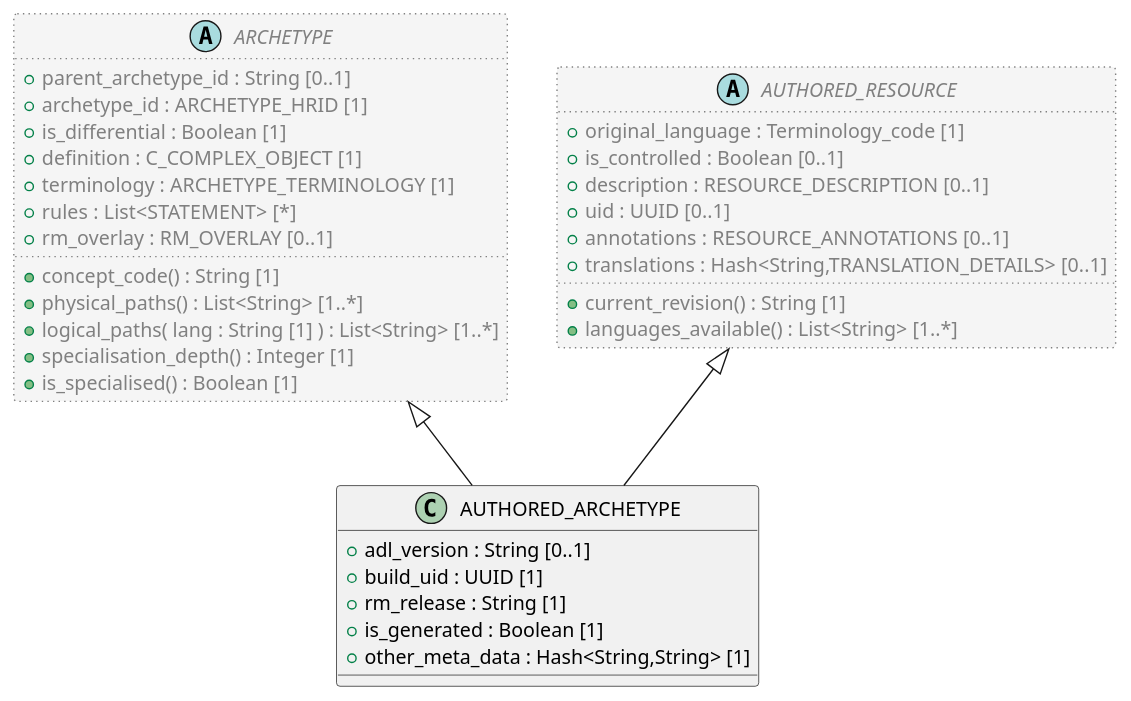
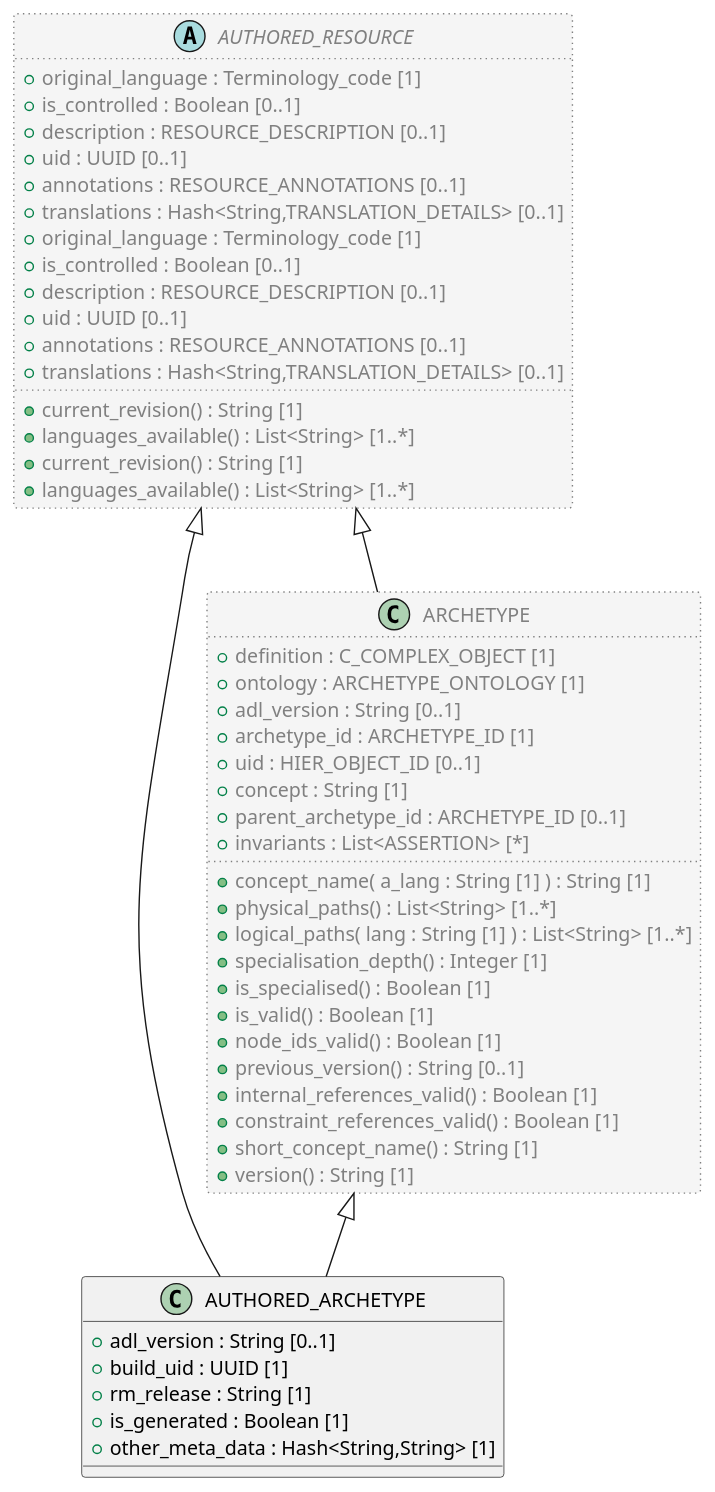
Before and after one commit to sebastian-iancu/code-generator: the diagram in code/Adoc/openehr_am_2.4.0/plantUML/classes/org.openehr.am.aom2.authored_archetype.adoc, drawn with PlantUML. The commit also changed 1228 other files, not shown here.

```diff
--- a/code/Adoc/openehr_am_2.4.0/plantUML/classes/org.openehr.am.aom2.authored_archetype.adoc
+++ b/code/Adoc/openehr_am_2.4.0/plantUML/classes/org.openehr.am.aom2.authored_archetype.adoc
@@ -1,45 +1,66 @@
 [plantuml,AUTHORED_ARCHETYPE,format=svg,svg-type="inline"]
 -----
 @startuml
 
 class AUTHORED_ARCHETYPE {
   + adl_version : String [0..1]
   + build_uid : UUID [1]
   + rm_release : String [1]
   + is_generated : Boolean [1]
   + other_meta_data : Hash<String,String> [1]
 }
 
-abstract class ARCHETYPE  #whitesmoke;line:gray;line.dotted;text:gray {
-  + parent_archetype_id : String [0..1]
-  + archetype_id : ARCHETYPE_HRID [1]
-  + is_differential : Boolean [1]
+class ARCHETYPE  #whitesmoke;line:gray;line.dotted;text:gray {
   + definition : C_COMPLEX_OBJECT [1]
-  + terminology : ARCHETYPE_TERMINOLOGY [1]
-  + rules : List<STATEMENT> [*]
-  + rm_overlay : RM_OVERLAY [0..1]
-  + concept_code() : String [1]
+  + ontology : ARCHETYPE_ONTOLOGY [1]
+  + adl_version : String [0..1]
+  + archetype_id : ARCHETYPE_ID [1]
+  + uid : HIER_OBJECT_ID [0..1]
+  + concept : String [1]
+  + parent_archetype_id : ARCHETYPE_ID [0..1]
+  + invariants : List<ASSERTION> [*]
+  + concept_name( a_lang : String [1] ) : String [1]
   + physical_paths() : List<String> [1..*]
   + logical_paths( lang : String [1] ) : List<String> [1..*]
   + specialisation_depth() : Integer [1]
   + is_specialised() : Boolean [1]
+  + is_valid() : Boolean [1]
+  + node_ids_valid() : Boolean [1]
+  + previous_version() : String [0..1]
+  + internal_references_valid() : Boolean [1]
+  + constraint_references_valid() : Boolean [1]
+  + short_concept_name() : String [1]
+  + version() : String [1]
 }
+
+abstract class AUTHORED_RESOURCE  #whitesmoke;line:gray;line.dotted;text:gray {
+  + original_language : Terminology_code [1]
+  + is_controlled : Boolean [0..1]
+  + description : RESOURCE_DESCRIPTION [0..1]
+  + uid : UUID [0..1]
+  + annotations : RESOURCE_ANNOTATIONS [0..1]
+  + translations : Hash<String,TRANSLATION_DETAILS> [0..1]
+  + current_revision() : String [1]
+  + languages_available() : List<String> [1..*]
+}
+
+AUTHORED_RESOURCE <|-- ARCHETYPE
 
 ARCHETYPE <|-- AUTHORED_ARCHETYPE
 
 abstract class AUTHORED_RESOURCE  #whitesmoke;line:gray;line.dotted;text:gray {
   + original_language : Terminology_code [1]
   + is_controlled : Boolean [0..1]
   + description : RESOURCE_DESCRIPTION [0..1]
   + uid : UUID [0..1]
   + annotations : RESOURCE_ANNOTATIONS [0..1]
   + translations : Hash<String,TRANSLATION_DETAILS> [0..1]
   + current_revision() : String [1]
   + languages_available() : List<String> [1..*]
 }
 
 AUTHORED_RESOURCE <|-- AUTHORED_ARCHETYPE
 
 
 @enduml
 -----
```
